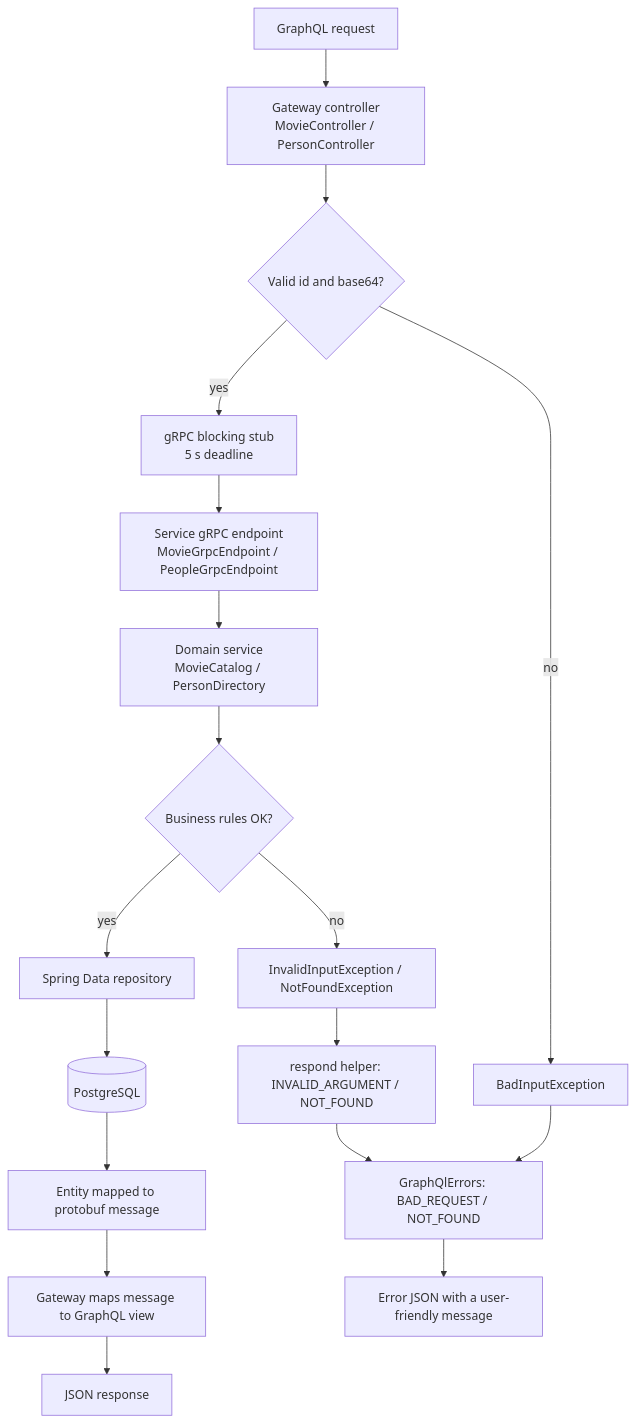
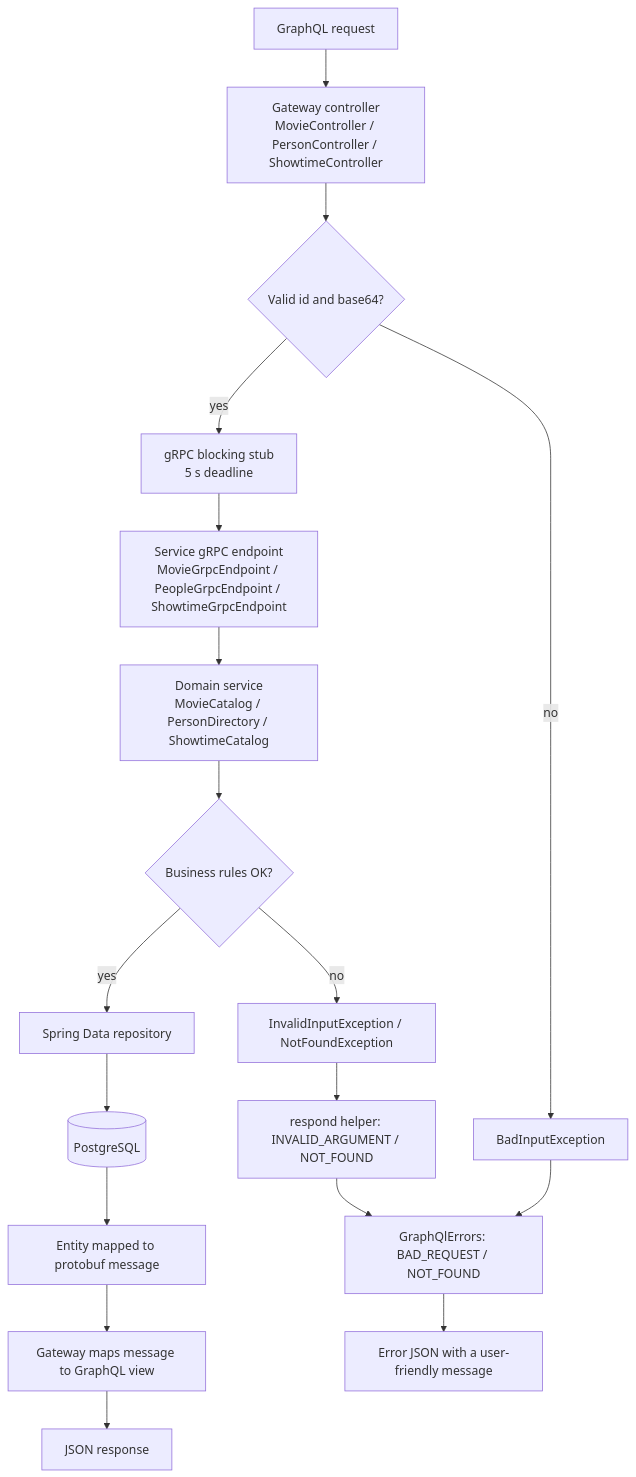
Before and after one commit to ARUNKUMAR-CHANDRASEKAR/MovieManagementSystem: the second of 9 diagrams in docs/diagrams.md, drawn with Mermaid. The commit also changed other lines of this file and 71 other files, not shown here.

Commit message:
feat: MOVIE-0001 - implement showtime booking system

````diff
--- a/docs/diagrams.md
+++ b/docs/diagrams.md
@@ -46,21 +51,21 @@
 ```mermaid
 flowchart TD
-    A[GraphQL request] --> B[Gateway controller<br/>MovieController / PersonController]
+    A[GraphQL request] --> B[Gateway controller<br/>MovieController / PersonController / ShowtimeController]
     B --> C{Valid id and base64?}
     C -- no --> E1[BadInputException]
     C -- yes --> D[gRPC blocking stub<br/>5 s deadline]
-    D --> F[Service gRPC endpoint<br/>MovieGrpcEndpoint / PeopleGrpcEndpoint]
-    F --> G[Domain service<br/>MovieCatalog / PersonDirectory]
+    D --> F[Service gRPC endpoint<br/>MovieGrpcEndpoint / PeopleGrpcEndpoint / ShowtimeGrpcEndpoint]
+    F --> G[Domain service<br/>MovieCatalog / PersonDirectory / ShowtimeCatalog]
     G --> H{Business rules OK?}
     H -- no --> E2[InvalidInputException / NotFoundException]
     H -- yes --> I[Spring Data repository]
     I --> J[(PostgreSQL)]
     J --> K[Entity mapped to protobuf message]
     K --> L[Gateway maps message to GraphQL view]
     L --> M[JSON response]
 
     E2 --> N[respond helper: INVALID_ARGUMENT / NOT_FOUND]
     N --> O[GraphQlErrors: BAD_REQUEST / NOT_FOUND]
     E1 --> O
     O --> P[Error JSON with a user-friendly message]
 ```
````
